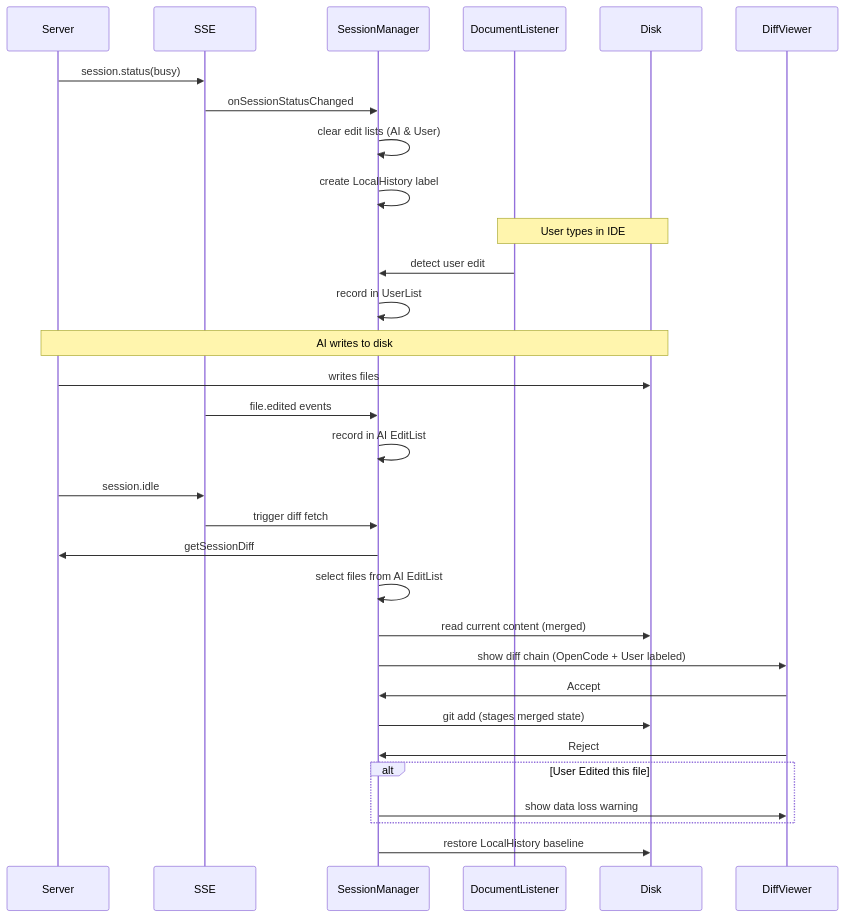
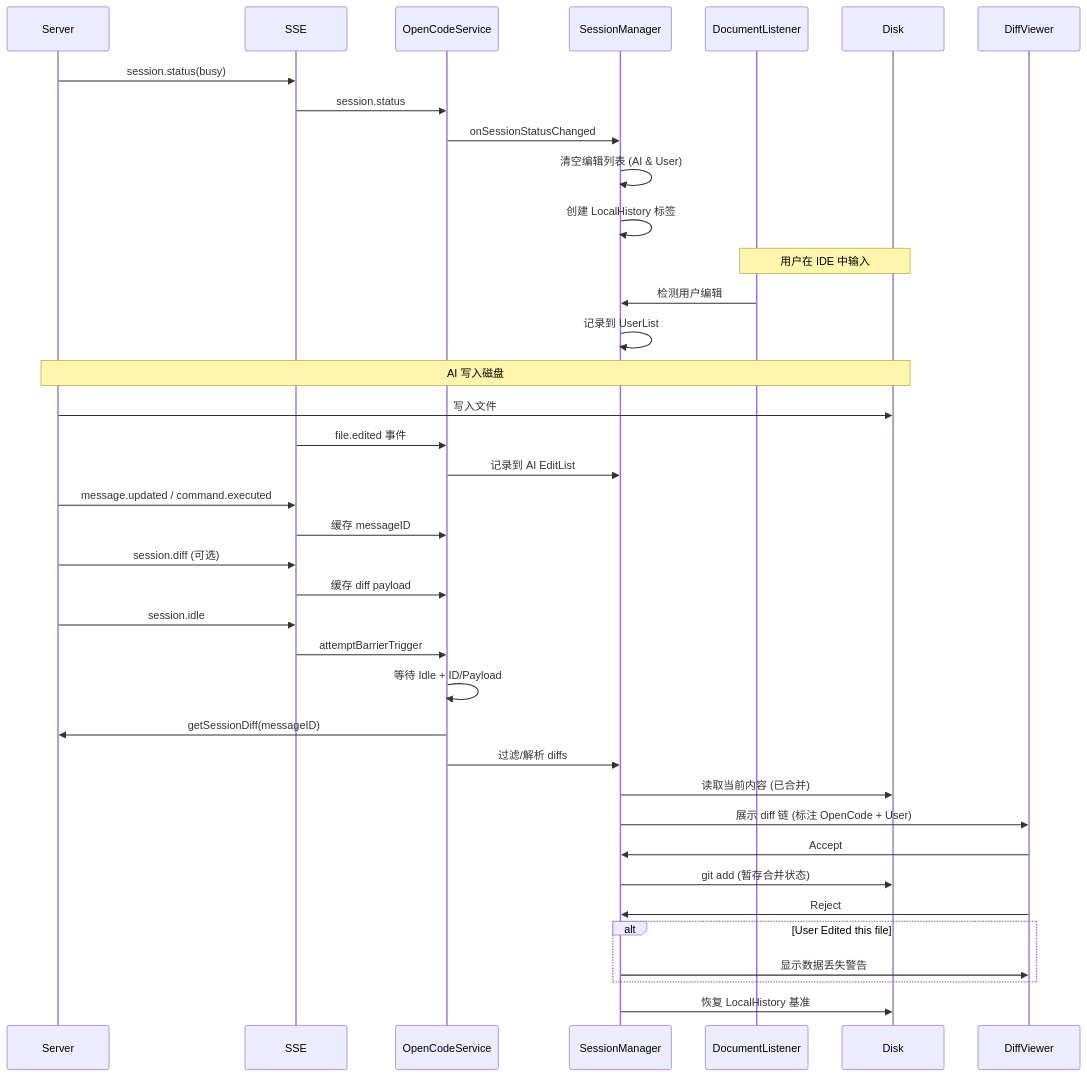
Before and after one commit to LaiZhou/OpenCode_UI: the second of 2 diagrams in designDocs/diff_feature_plan.md, drawn with Mermaid. The commit also changed other lines of this file and 5 other files, not shown here.

````diff
--- a/designDocs/diff_feature_plan.md
+++ b/designDocs/diff_feature_plan.md
@@ -68,39 +68,47 @@
 ```mermaid
 sequenceDiagram
     participant Server
     participant SSE
+    participant OCS as OpenCodeService
     participant SM as SessionManager
     participant DL as DocumentListener
     participant Disk
     participant Diff as DiffViewer
 
     Server->>SSE: session.status(busy)
-    SSE->>SM: onSessionStatusChanged
-    SM->>SM: clear edit lists (AI & User)
-    SM->>SM: create LocalHistory label
+    SSE->>OCS: session.status
+    OCS->>SM: onSessionStatusChanged
+    SM->>SM: 清空编辑列表 (AI & User)
+    SM->>SM: 创建 LocalHistory 标签
 
-    Note over DL, Disk: User types in IDE
-    DL->>SM: detect user edit
-    SM->>SM: record in UserList
+    Note over DL, Disk: 用户在 IDE 中输入
+    DL->>SM: 检测用户编辑
+    SM->>SM: 记录到 UserList
 
-    Note over Server, Disk: AI writes to disk
-    Server->>Disk: writes files
-    SSE->>SM: file.edited events
-    SM->>SM: record in AI EditList
+    Note over Server, Disk: AI 写入磁盘
+    Server->>Disk: 写入文件
+    SSE->>OCS: file.edited 事件
+    OCS->>SM: 记录到 AI EditList
+
+    Server->>SSE: message.updated / command.executed
+    SSE->>OCS: 缓存 messageID
+    Server->>SSE: session.diff (可选)
+    SSE->>OCS: 缓存 diff payload
 
     Server->>SSE: session.idle
-    SSE->>SM: trigger diff fetch
-    SM->>Server: getSessionDiff
-    SM->>SM: select files from AI EditList
-    SM->>Disk: read current content (merged)
-    SM->>Diff: show diff chain (OpenCode + User labeled)
+    SSE->>OCS: attemptBarrierTrigger
+    OCS->>OCS: 等待 Idle + ID/Payload
+    OCS->>Server: getSessionDiff(messageID)
+    OCS->>SM: 过滤/解析 diffs
+    SM->>Disk: 读取当前内容 (已合并)
+    SM->>Diff: 展示 diff 链 (标注 OpenCode + User)
 
     Diff->>SM: Accept
-    SM->>Disk: git add (stages merged state)
+    SM->>Disk: git add (暂存合并状态)
 
     Diff->>SM: Reject
     alt User Edited this file
-        SM->>Diff: show data loss warning
+        SM->>Diff: 显示数据丢失警告
     end
-    SM->>Disk: restore LocalHistory baseline
+    SM->>Disk: 恢复 LocalHistory 基准
 ```
````
